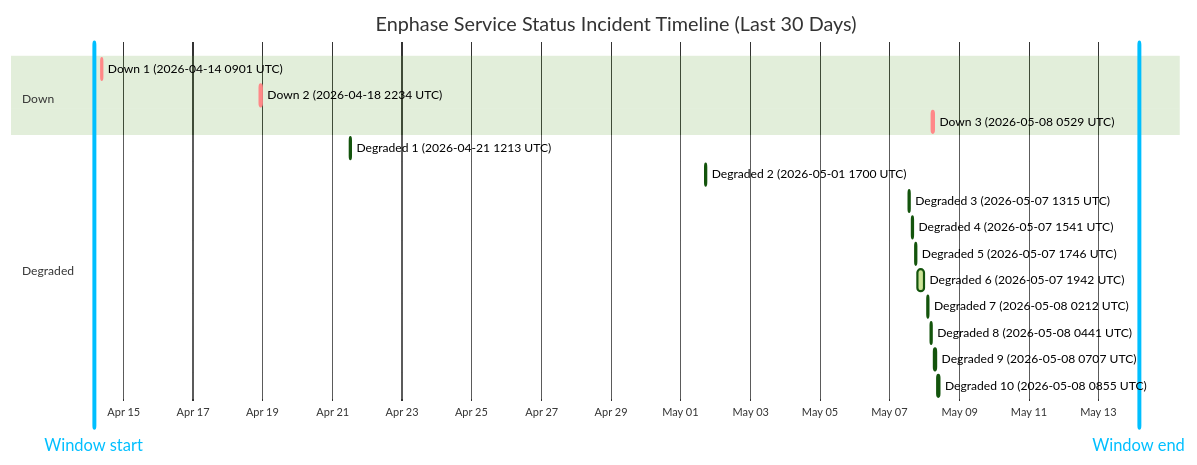
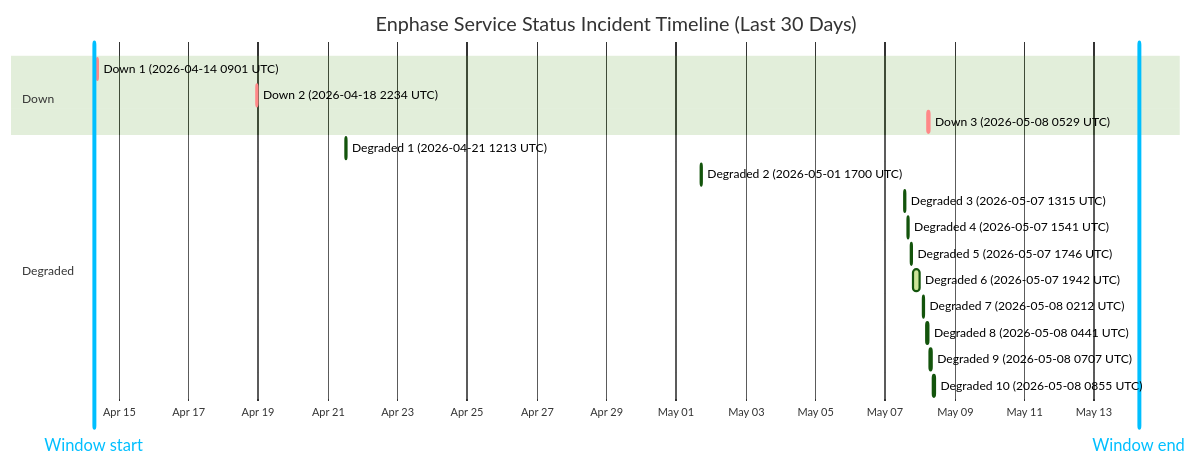
Before and after one commit to barneyonline/ha-enphase-ev-charger: the diagram in wiki/Service-Status-History.md, drawn with Mermaid (forest theme). The commit also changed other lines of this file and 3 other files, not shown here.

````diff
--- a/wiki/Service-Status-History.md
+++ b/wiki/Service-Status-History.md
@@ -14,23 +14,23 @@
 ```mermaid
 gantt
     title Enphase Service Status Incident Timeline (Last 30 Days)
     dateFormat  YYYY-MM-DDTHH:mm:ss
     axisFormat  %b %d
-    Window start :vert, window-start, 2026-04-14T03:49:10, 0ms
-    Window end :vert, window-end, 2026-05-14T03:49:10, 0ms
+    Window start :vert, window-start, 2026-04-14T06:45:25, 0ms
+    Window end :vert, window-end, 2026-05-14T06:45:25, 0ms
     section Down
     Down 1 (2026-04-14 0901 UTC) :crit, down-1, 2026-04-14T09:01:13, 60m
     Down 2 (2026-04-18 2234 UTC) :crit, down-2, 2026-04-18T22:34:13, 60m
     Down 3 (2026-05-08 0529 UTC) :crit, down-3, 2026-05-08T05:29:47, 60m
     section Degraded
     Degraded 1 (2026-04-21 1213 UTC) :active, degraded-1, 2026-04-21T12:13:11, 60m
     Degraded 2 (2026-05-01 1700 UTC) :active, degraded-2, 2026-05-01T17:00:22, 60m
     Degraded 3 (2026-05-07 1315 UTC) :active, degraded-3, 2026-05-07T13:15:25, 60m
     Degraded 4 (2026-05-07 1541 UTC) :active, degraded-4, 2026-05-07T15:41:58, 60m
     Degraded 5 (2026-05-07 1746 UTC) :active, degraded-5, 2026-05-07T17:46:51, 60m
     Degraded 6 (2026-05-07 1942 UTC) :active, degraded-6, 2026-05-07T19:42:10, 249m
     Degraded 7 (2026-05-08 0212 UTC) :active, degraded-7, 2026-05-08T02:12:39, 60m
     Degraded 8 (2026-05-08 0441 UTC) :active, degraded-8, 2026-05-08T04:41:46, 60m
     Degraded 9 (2026-05-08 0707 UTC) :active, degraded-9, 2026-05-08T07:07:30, 60m
     Degraded 10 (2026-05-08 0855 UTC) :active, degraded-10, 2026-05-08T08:55:20, 88m
 ```
````
